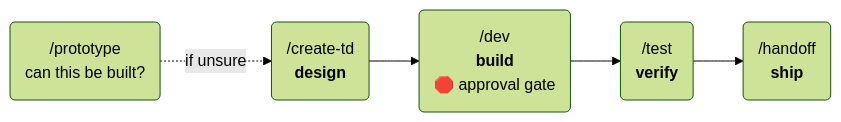
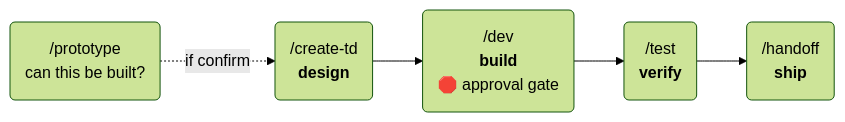
Before and after one commit to TheRealMentor/skills: the diagram in README.md, drawn with Mermaid (forest theme). The commit also changed other lines of this file, not shown here.

````diff
--- a/README.md
+++ b/README.md
@@ -17,7 +17,7 @@
 ```mermaid
 flowchart LR
-    P("/prototype<br/>can this be built?") -. "if unsure" .-> TD
+    P("/prototype<br/>can this be built?") -. "if confirm" .-> TD
     TD("/create-td<br/><b>design</b>") --> DEV("/dev<br/><b>build</b><br/>🛑 approval gate")
     DEV --> TEST("/test<br/><b>verify</b>")
     TEST --> HO("/handoff<br/><b>ship</b>")
 ```
````
